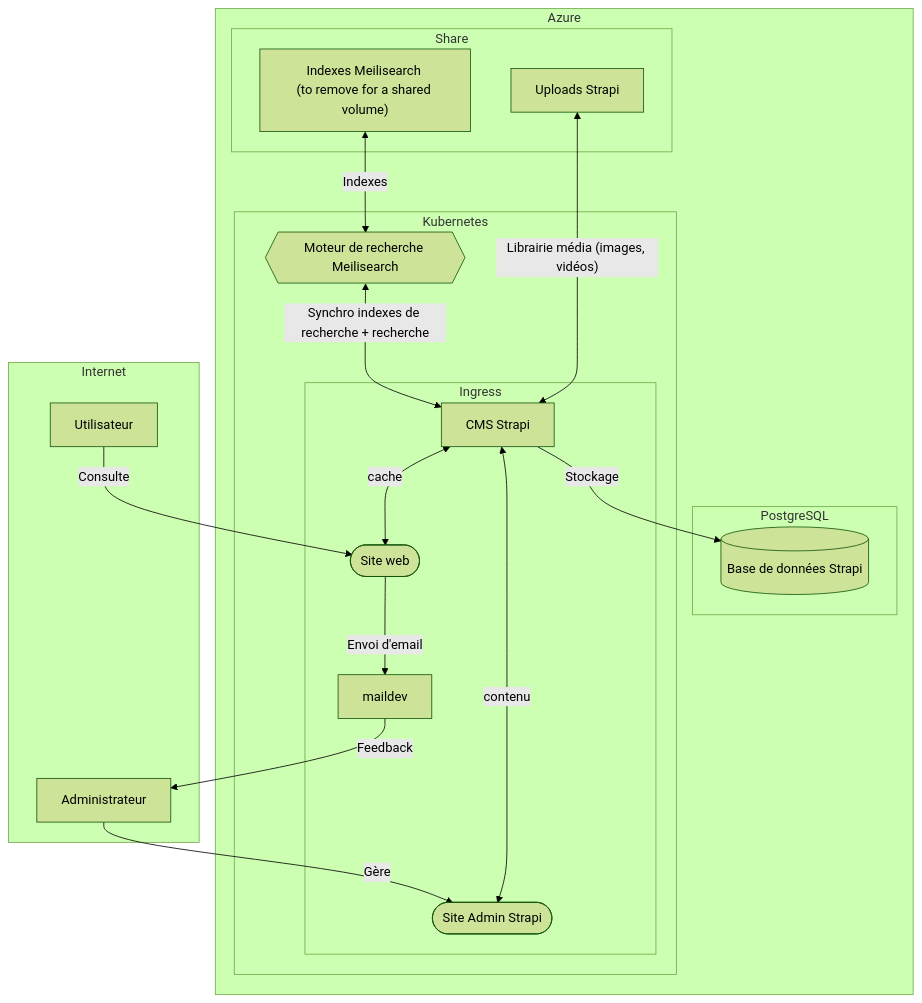
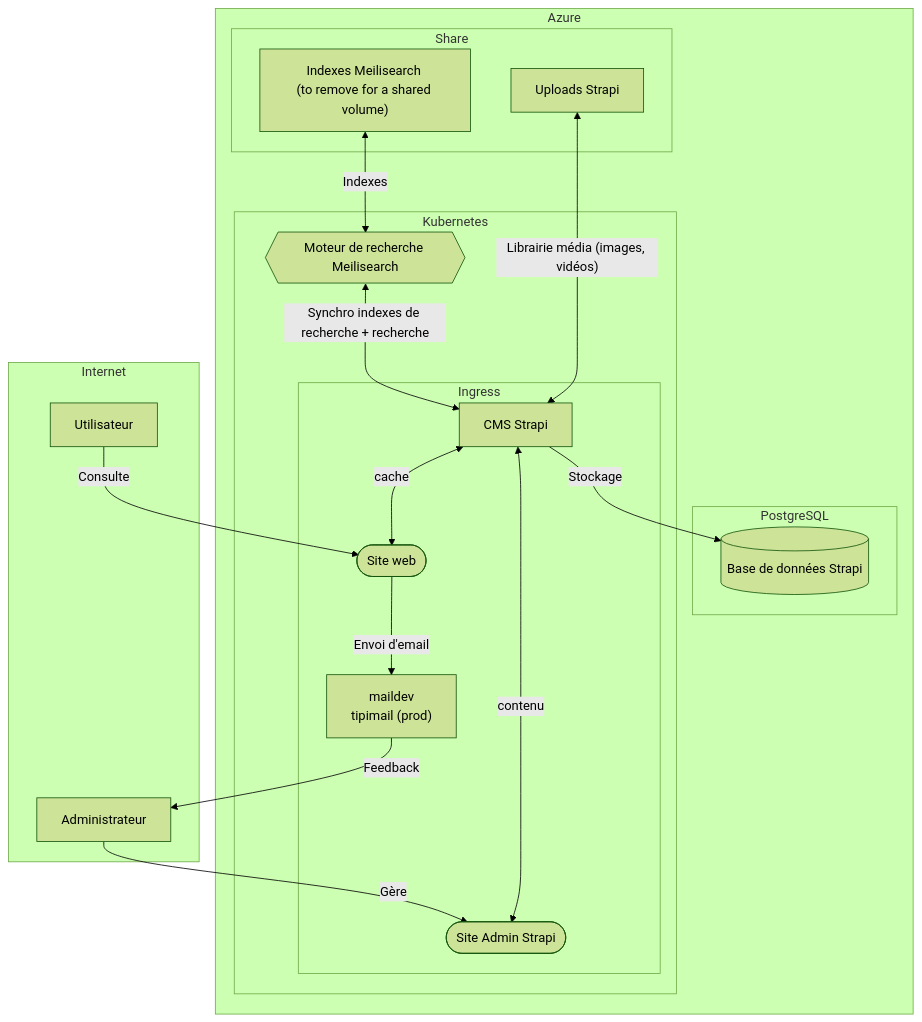
One commit to SocialGouv/mda changed the diagram in README.md. Above: the diagram before and after it, drawn with Mermaid (forest theme).

Commit message:
docs(README): mails use tipimail in production

````diff
--- a/README.md
+++ b/README.md
@@ -50,40 +50,40 @@
 ```mermaid
 flowchart TD
     subgraph internet[Internet]
         user[Utilisateur]
         admin[Administrateur]
     end
 
     subgraph Azure
         subgraph PostgreSQL
             db[(Base de données Strapi)]
         end
 
         subgraph kube[Kubernetes]
             subgraph servicesFrontEnd[Ingress]
                 strapiCMS[CMS Strapi]
                 frontend([Site web])
                 strapiAdmin([Site Admin Strapi])
-                mailer[maildev]
+                mailer["maildev<br>tipimail (prod)"]
             end
 
             meilisearch{{Moteur de recherche Meilisearch}}
         end
 
         subgraph share[Share]
             shareStrapi[Uploads Strapi]
             shareMeilisearch["Indexes Meilisearch </br>(to remove for a shared volume)"]
         end
     end
 
     strapiCMS<-->|cache|frontend
     strapiCMS<-->|contenu|strapiAdmin
     shareStrapi<-->|"Librairie média (images, vidéos)"|strapiCMS
     meilisearch<-->|Synchro indexes de recherche + recherche|strapiCMS
     shareMeilisearch<-->|Indexes|meilisearch
     strapiCMS-->|Stockage|db
     frontend-->|Envoi d'email|mailer
     user-->|Consulte|frontend
     admin-->|Gère|strapiAdmin
     mailer-->|Feedback|admin
 ```
````
